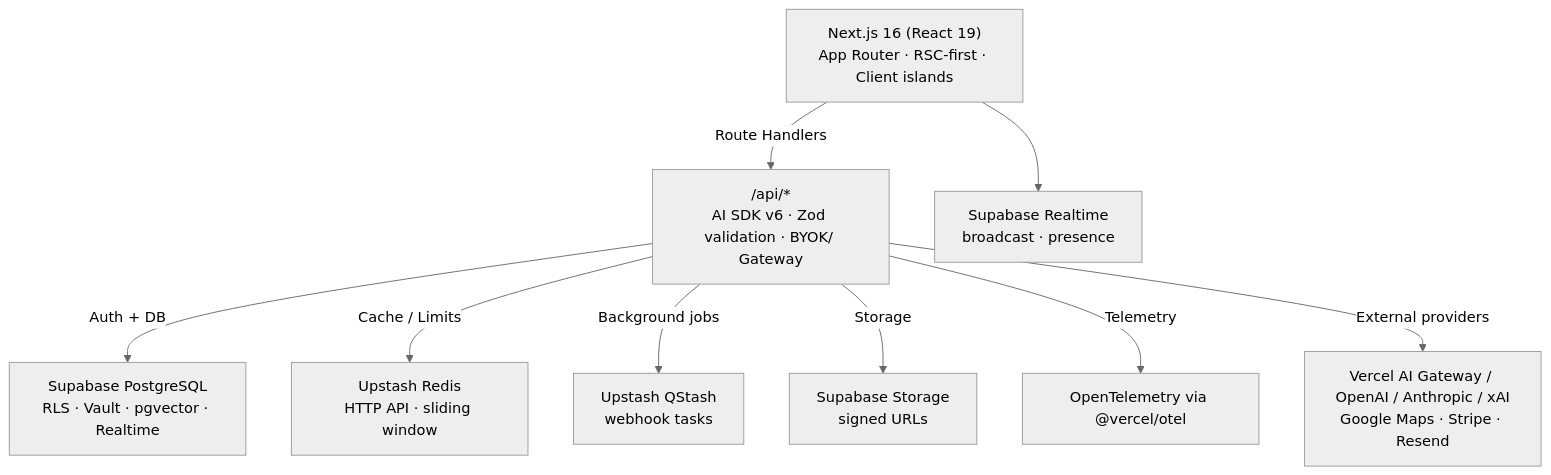
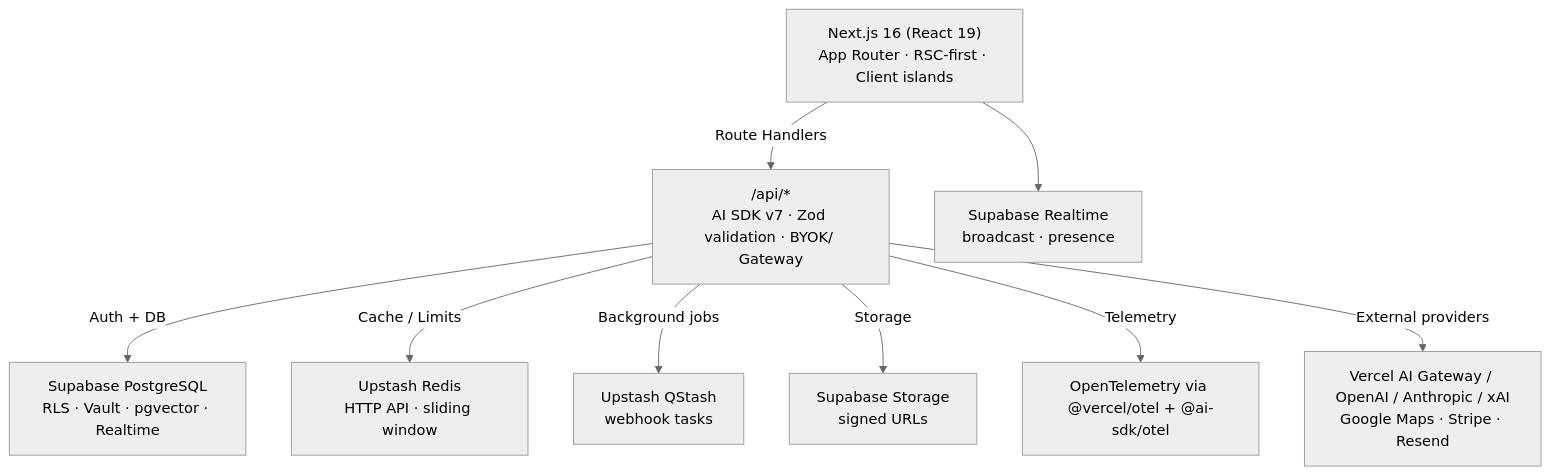
Before and after one commit to BjornMelin/tripsage-ai: the first of 3 diagrams in docs/architecture/system-overview.md, drawn with Mermaid (neutral theme). The commit also changed other lines of this file and 44 other files, not shown here.

Commit message:
docs(ai): align v7 architecture and operations

````diff
--- a/docs/architecture/system-overview.md
+++ b/docs/architecture/system-overview.md
@@ -7,11 +7,11 @@
 ```mermaid
 graph TD
-    FE["Next.js 16 (React 19)<br/>App Router · RSC-first · Client islands"] -->|"Route Handlers"| API["/api/*<br/>AI SDK v6 · Zod validation · BYOK/ Gateway"]
+    FE["Next.js 16 (React 19)<br/>App Router · RSC-first · Client islands"] -->|"Route Handlers"| API["/api/*<br/>AI SDK v7 · Zod validation · BYOK/ Gateway"]
     API -->|"Auth + DB"| DB["Supabase PostgreSQL<br/>RLS · Vault · pgvector · Realtime"]
     API -->|"Cache / Limits"| REDIS["Upstash Redis<br/>HTTP API · sliding window"]
     API -->|"Background jobs"| QSTASH["Upstash QStash<br/>webhook tasks"]
     API -->|"Storage"| STORAGE["Supabase Storage<br/>signed URLs"]
-    API -->|"Telemetry"| OTEL["OpenTelemetry via @vercel/otel"]
+    API -->|"Telemetry"| OTEL["OpenTelemetry via @vercel/otel + @ai-sdk/otel"]
     API -->|"External providers"| PROVIDERS["Vercel AI Gateway / OpenAI / Anthropic / xAI<br/>Google Maps · Stripe · Resend"]
     FE --> RT["Supabase Realtime<br/>broadcast · presence"]
 ```
````
